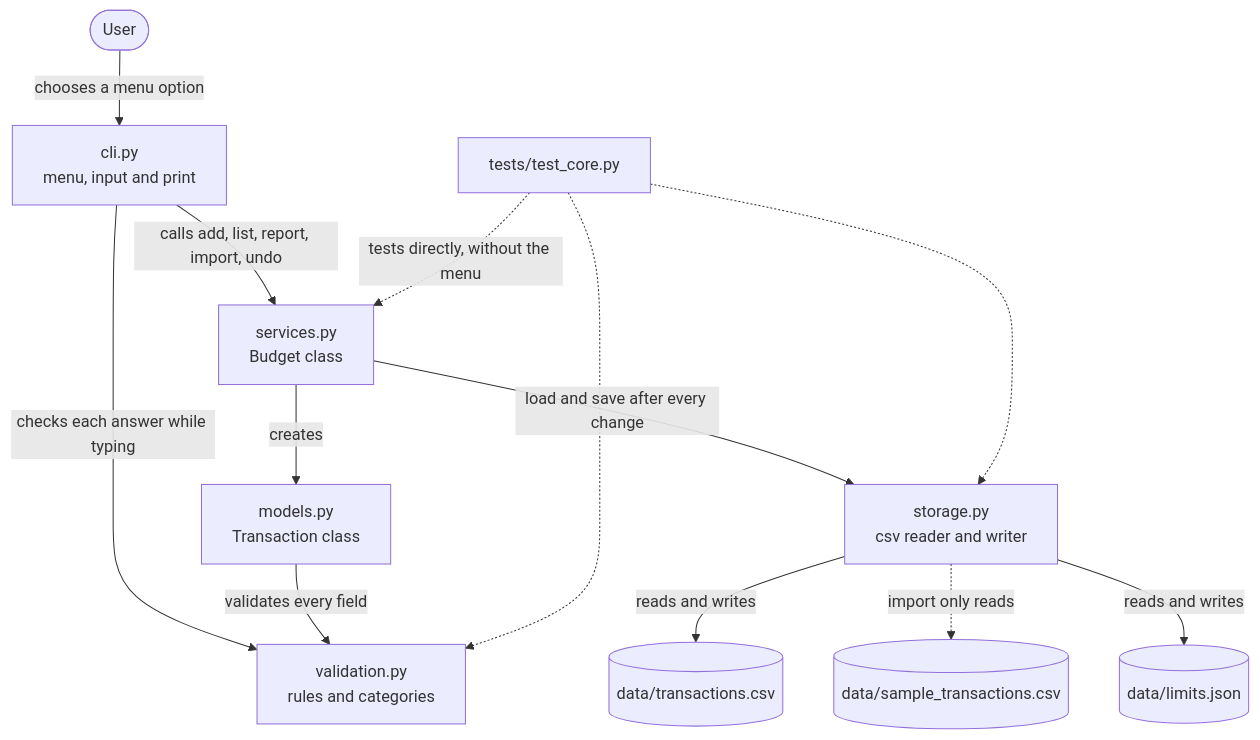
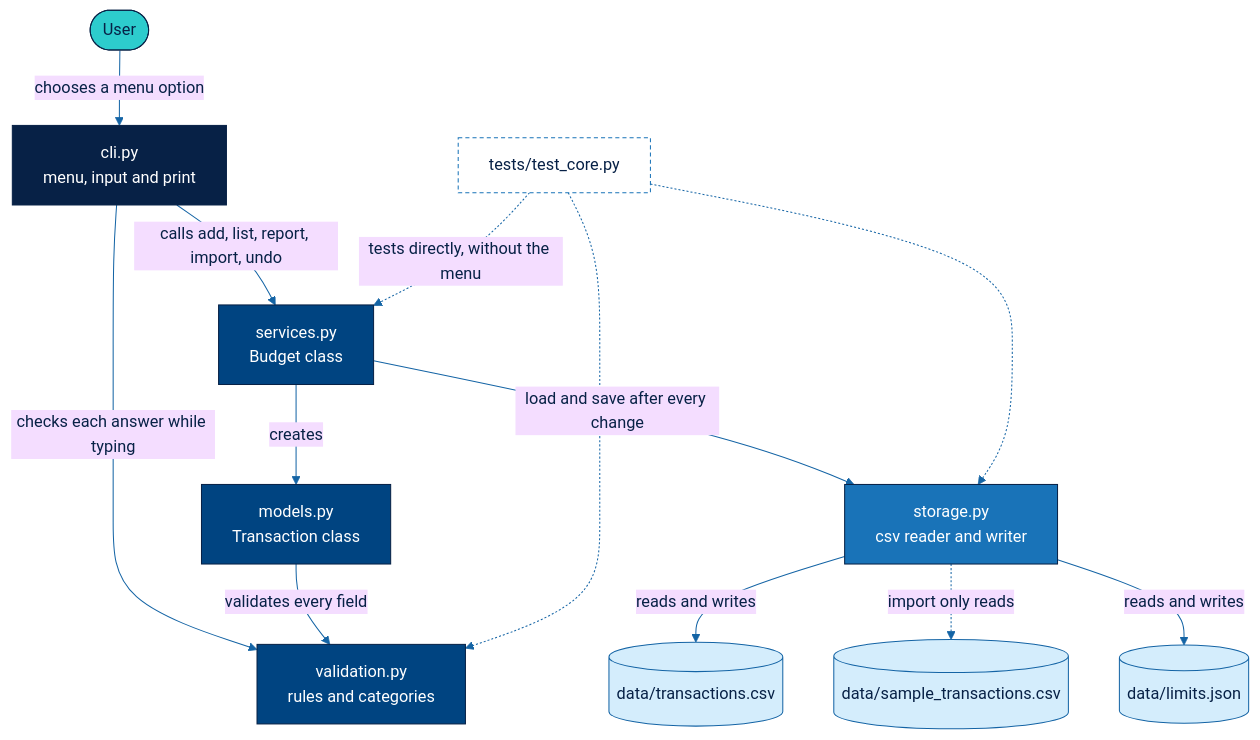
The first of 2 diagrams in DESIGN.md (ferreirasara-cpu/Practice-1_-Interactive-Personal-Budget-Manager), drawn with Mermaid before and after one commit. The commit also changed other lines of this file and 8 other files, not shown here.

````diff
--- a/DESIGN.md
+++ b/DESIGN.md
@@ -22,15 +23,29 @@
 ```mermaid
+%%{init: {"theme": "base", "themeVariables": {"fontFamily": "arial", "lineColor": "#1464A5", "primaryTextColor": "#072146"}}}%%
 flowchart TD
     U([User]) -->|chooses a menu option| CLI["cli.py<br/>menu, input and print"]
     CLI -->|checks each answer while typing| VAL["validation.py<br/>rules and categories"]
     CLI -->|calls add, list, report, import, undo| SRV["services.py<br/>Budget class"]
     SRV -->|creates| MOD["models.py<br/>Transaction class"]
     MOD -->|validates every field| VAL
     SRV -->|load and save after every change| STO["storage.py<br/>csv reader and writer"]
     STO -->|reads and writes| DATA[("data/transactions.csv")]
     STO -.->|import only reads| SAMPLE[("data/sample_transactions.csv")]
     STO -->|reads and writes| LIM[("data/limits.json")]
     TEST["tests/test_core.py"] -.->|tests directly, without the menu| SRV
     TEST -.-> STO
     TEST -.-> VAL
+
+    classDef user fill:#2DCCCD,stroke:#072146,color:#072146
+    classDef cli fill:#072146,stroke:#072146,color:#FFFFFF
+    classDef logic fill:#004481,stroke:#072146,color:#FFFFFF
+    classDef storage fill:#1973B8,stroke:#072146,color:#FFFFFF
+    classDef data fill:#D4EDFC,stroke:#1464A5,color:#072146
+    classDef test fill:#FFFFFF,stroke:#1973B8,color:#072146,stroke-dasharray:4 3
+    class U user
+    class CLI cli
+    class SRV,MOD,VAL logic
+    class STO storage
+    class DATA,LIM,SAMPLE data
+    class TEST test
 ```
````
